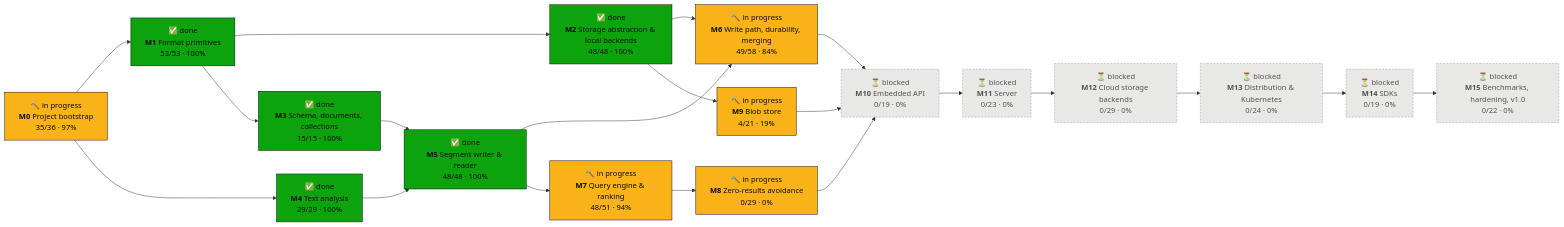
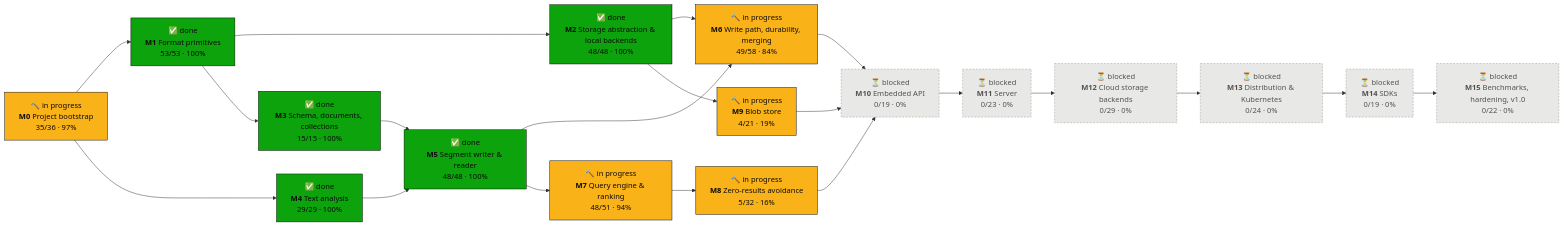
The first of 2 diagrams in PROGRESS.md (tomiok/persiaDB), drawn with Mermaid before and after one commit. The commit also changed other lines of this file and 16 other files, not shown here.

First line of the commit message:
feat(engine): relaxation response metadata and the 8.1 batch fix-up onto main (ROADMAP 8.1.5) (#85)

````diff
--- a/PROGRESS.md
+++ b/PROGRESS.md
@@ -16,42 +16,42 @@
 ```mermaid
 flowchart LR
   M0["🔨 in progress<br/><b>M0</b> Project bootstrap<br/>35/36 · 97%"]:::doing
   M1["✅ done<br/><b>M1</b> Format primitives<br/>53/53 · 100%"]:::done
   M2["✅ done<br/><b>M2</b> Storage abstraction & local backends<br/>48/48 · 100%"]:::done
   M3["✅ done<br/><b>M3</b> Schema, documents, collections<br/>15/15 · 100%"]:::done
   M4["✅ done<br/><b>M4</b> Text analysis<br/>29/29 · 100%"]:::done
   M5["✅ done<br/><b>M5</b> Segment writer & reader<br/>48/48 · 100%"]:::done
   M6["🔨 in progress<br/><b>M6</b> Write path, durability, merging<br/>49/58 · 84%"]:::doing
   M7["🔨 in progress<br/><b>M7</b> Query engine & ranking<br/>48/51 · 94%"]:::doing
-  M8["🔨 in progress<br/><b>M8</b> Zero-results avoidance<br/>0/29 · 0%"]:::doing
+  M8["🔨 in progress<br/><b>M8</b> Zero-results avoidance<br/>5/32 · 16%"]:::doing
   M9["🔨 in progress<br/><b>M9</b> Blob store<br/>4/21 · 19%"]:::doing
   M10["⏳ blocked<br/><b>M10</b> Embedded API<br/>0/19 · 0%"]:::blocked
   M11["⏳ blocked<br/><b>M11</b> Server<br/>0/23 · 0%"]:::blocked
   M12["⏳ blocked<br/><b>M12</b> Cloud storage backends<br/>0/29 · 0%"]:::blocked
   M13["⏳ blocked<br/><b>M13</b> Distribution & Kubernetes<br/>0/24 · 0%"]:::blocked
   M14["⏳ blocked<br/><b>M14</b> SDKs<br/>0/19 · 0%"]:::blocked
   M15["⏳ blocked<br/><b>M15</b> Benchmarks, hardening, v1.0<br/>0/22 · 0%"]:::blocked
   M0 --> M1
   M1 --> M2
   M1 --> M3
   M0 --> M4
   M3 --> M5
   M4 --> M5
   M2 --> M6
   M5 --> M6
   M5 --> M7
   M7 --> M8
   M2 --> M9
   M6 --> M10
   M8 --> M10
   M9 --> M10
   M10 --> M11
   M11 --> M12
   M12 --> M13
   M13 --> M14
   M14 --> M15
   classDef done fill:#0ca30c,stroke:#0b0b0b,color:#0b0b0b
   classDef doing fill:#fab219,stroke:#0b0b0b,color:#0b0b0b
   classDef ready fill:#fcfcfb,stroke:#0b0b0b,stroke-width:2px,color:#0b0b0b
   classDef blocked fill:#e8e8e6,stroke:#9a9a96,stroke-dasharray:4 3,color:#52514e
 ```
````
